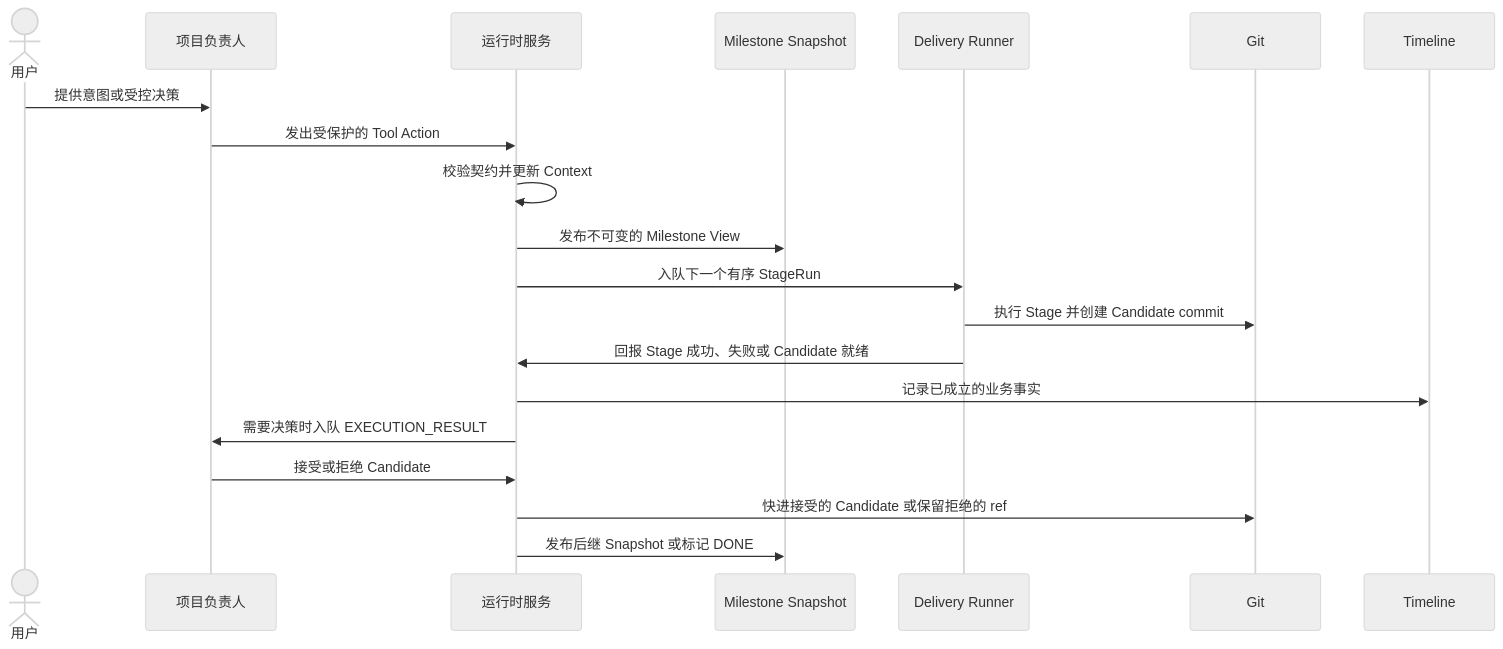
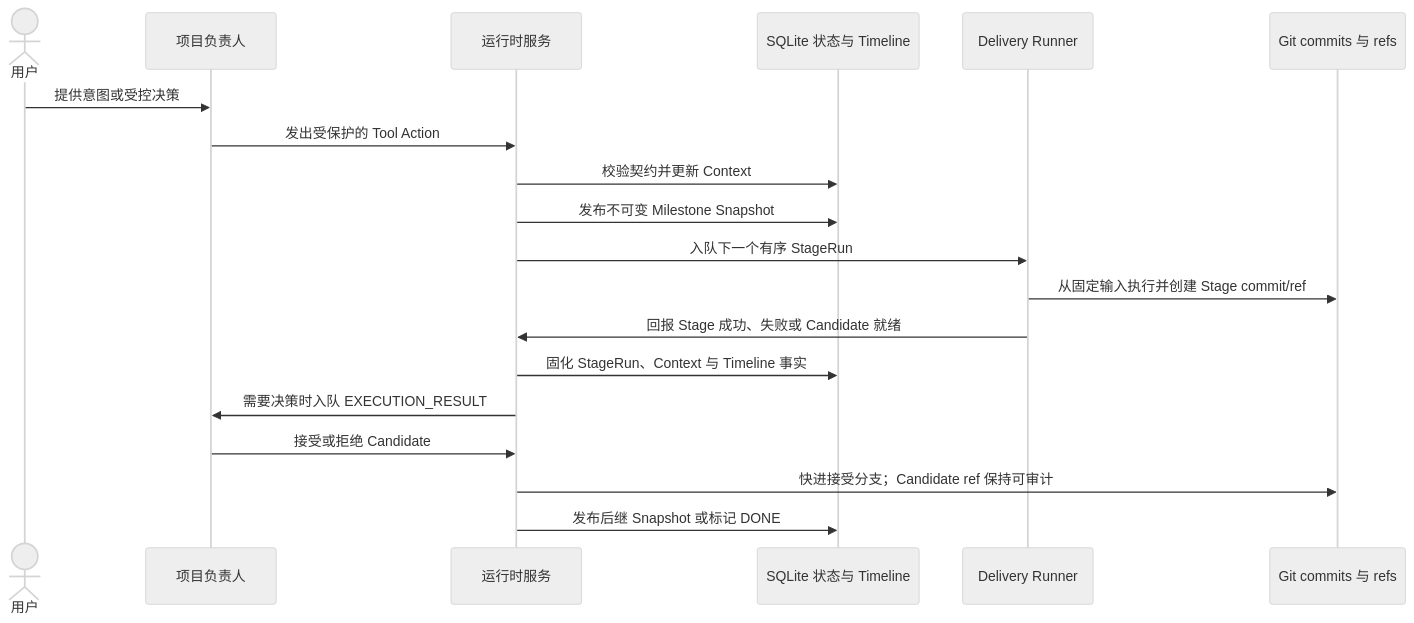
Before and after one commit to aowo-1345/AgentPanelX: the first of 2 diagrams in .codex/skills/agentplanex-project-observe/SKILL.md, drawn with Mermaid (neutral theme). The commit also changed other lines of this file and 25 other files, not shown here.

Commit message:
milestone V1: establish V1 project owner agent core runtime

````diff
--- a/.codex/skills/agentplanex-project-observe/SKILL.md
+++ b/.codex/skills/agentplanex-project-observe/SKILL.md
@@ -14,23 +16,22 @@
 ```mermaid
 sequenceDiagram
     actor User as 用户
     participant Owner as 项目负责人
     participant Runtime as 运行时服务
-    participant Snapshot as Milestone Snapshot
+    participant SQLite as SQLite 状态与 Timeline
     participant Runner as Delivery Runner
-    participant Git
-    participant Timeline
+    participant Git as Git commits 与 refs
 
     User->>Owner: 提供意图或受控决策
     Owner->>Runtime: 发出受保护的 Tool Action
-    Runtime->>Runtime: 校验契约并更新 Context
-    Runtime->>Snapshot: 发布不可变的 Milestone View
+    Runtime->>SQLite: 校验契约并更新 Context
+    Runtime->>SQLite: 发布不可变 Milestone Snapshot
     Runtime->>Runner: 入队下一个有序 StageRun
-    Runner->>Git: 执行 Stage 并创建 Candidate commit
+    Runner->>Git: 从固定输入执行并创建 Stage commit/ref
     Runner->>Runtime: 回报 Stage 成功、失败或 Candidate 就绪
-    Runtime->>Timeline: 记录已成立的业务事实
+    Runtime->>SQLite: 固化 StageRun、Context 与 Timeline 事实
     Runtime->>Owner: 需要决策时入队 EXECUTION_RESULT
     Owner->>Runtime: 接受或拒绝 Candidate
-    Runtime->>Git: 快进接受的 Candidate 或保留拒绝的 ref
-    Runtime->>Snapshot: 发布后继 Snapshot 或标记 DONE
+    Runtime->>Git: 快进接受分支；Candidate ref 保持可审计
+    Runtime->>SQLite: 发布后继 Snapshot 或标记 DONE
 ```
````
